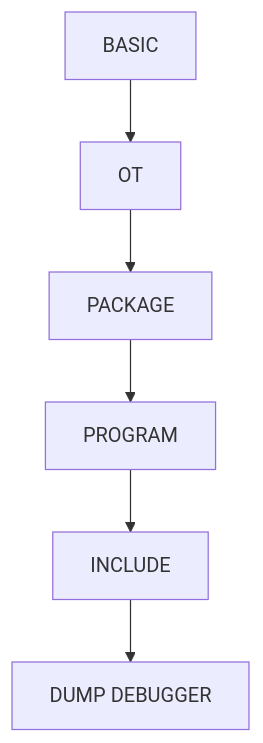
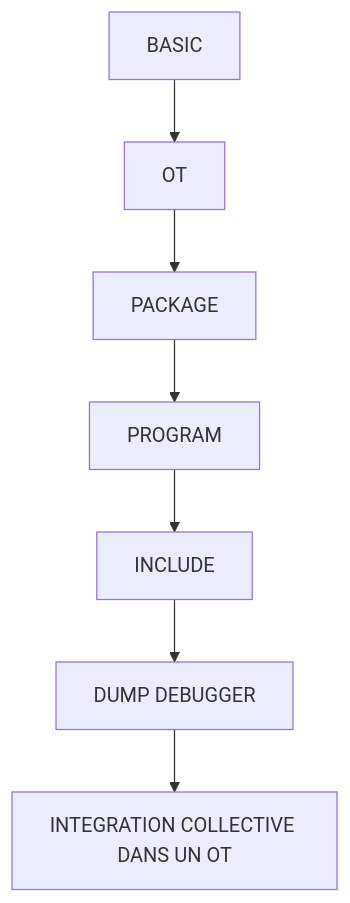
One commit to AiKanSya/Aelion changed the diagram in └─ 🧩 001 - DEVELOPPEMENT ABAP SOCLE/└─ 🧩 01 - BASIC/00 - 🍧 SOMMAIRE.md. Above: the diagram before and after it, drawn with Mermaid. The commit also changed other lines of this file and 41 other files, not shown here.

````diff
--- a/└─ 🧩 001 - DEVELOPPEMENT ABAP SOCLE/└─ 🧩 01 - BASIC/00 - 🍧 SOMMAIRE.md
+++ b/└─ 🧩 001 - DEVELOPPEMENT ABAP SOCLE/└─ 🧩 01 - BASIC/00 - 🍧 SOMMAIRE.md
@@ -11,9 +11,10 @@
 ```mermaid
 flowchart TD
     A["BASIC"]
     A --> B["OT"]
     B --> C["PACKAGE"]
     C --> D["PROGRAM"]
     D --> E["INCLUDE"]
     E --> F["DUMP DEBUGGER"]
+    F --> G["INTEGRATION COLLECTIVE DANS UN OT"]
 ```
````
